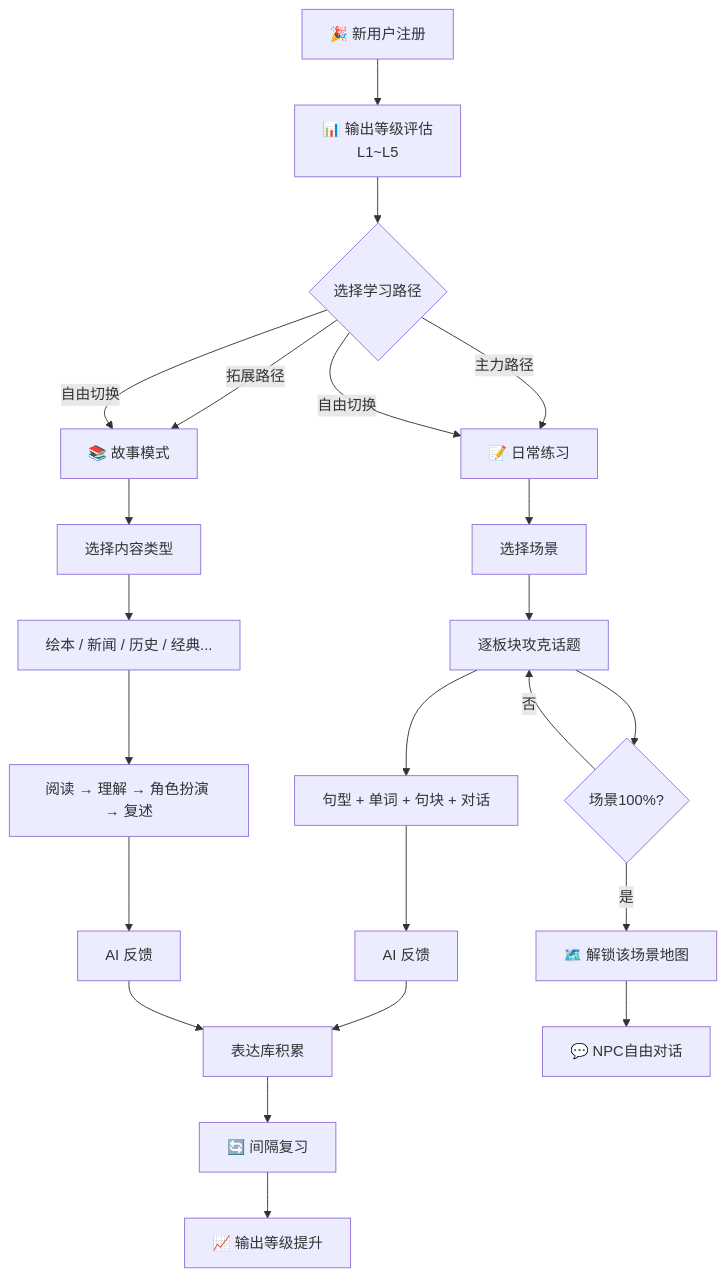
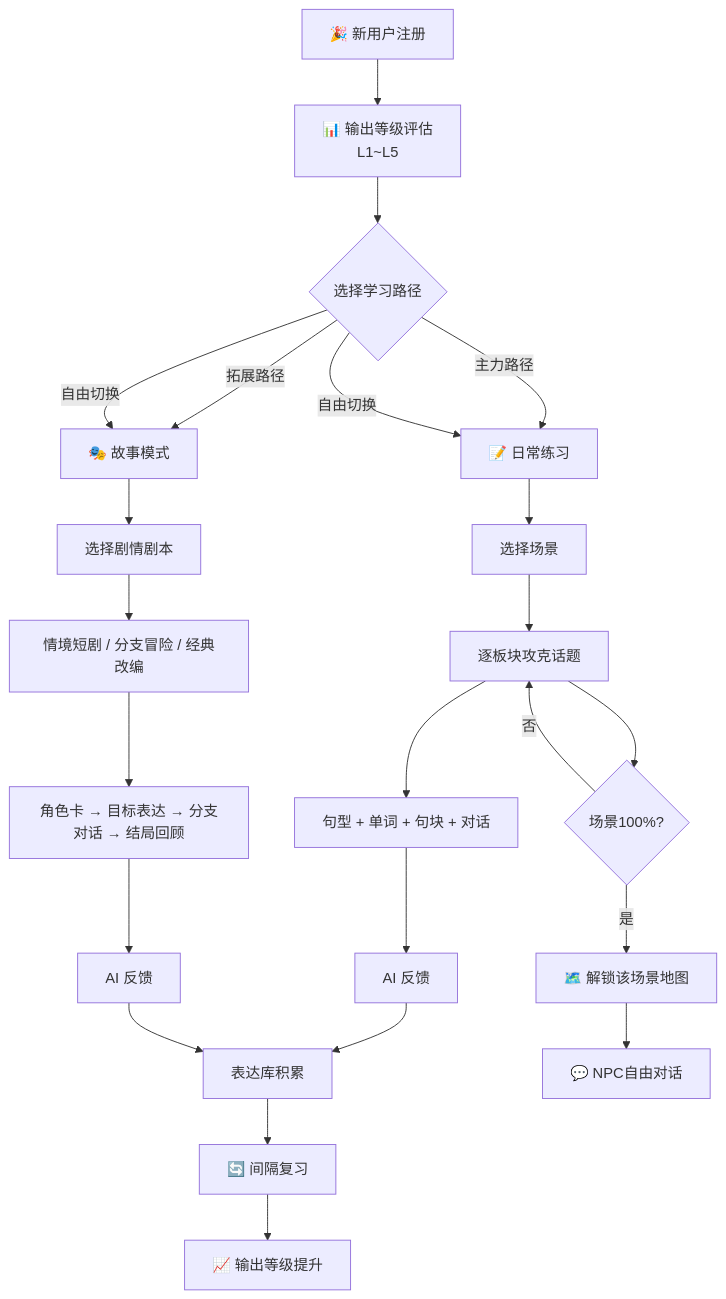
Before and after one commit to kirohuji/speakGuild: the ninth of 10 diagrams in docs/story/content-architecture-design.md, drawn with Mermaid. The commit also changed other lines of this file, not shown here.

````diff
--- a/docs/story/content-architecture-design.md
+++ b/docs/story/content-architecture-design.md
@@ -693,29 +644,29 @@
 ```mermaid
 flowchart TB
     A[🎉 新用户注册] --> B[📊 输出等级评估<br/>L1~L5]
     B --> C{选择学习路径}
     
     C -->|主力路径| D[📝 日常练习]
-    C -->|拓展路径| J[📚 故事模式]
+    C -->|拓展路径| J[🎭 故事模式]
     C -->|自由切换| D & J
     
     D --> D1[选择场景]
     D1 --> D2[逐板块攻克话题]
     D2 --> D3[句型 + 单词 + 句块 + 对话]
     D3 --> D4[AI 反馈]
     D4 --> D5[表达库积累]
     
     D2 --> E{场景100%?}
     E -->|是| F[🗺️ 解锁该场景地图]
     F --> G[💬 NPC自由对话]
     E -->|否| D2
     
-    J --> J1[选择内容类型]
-    J1 --> J2[绘本 / 新闻 / 历史 / 经典...]
-    J2 --> J3[阅读 → 理解 → 角色扮演 → 复述]
+    J --> J1[选择剧情剧本]
+    J1 --> J2[情境短剧 / 分支冒险 / 经典改编]
+    J2 --> J3[角色卡 → 目标表达 → 分支对话 → 结局回顾]
     J3 --> J4[AI 反馈]
     J4 --> D5
     
     D5 --> H[🔄 间隔复习]
     H --> I[📈 输出等级提升]
 ```
````
